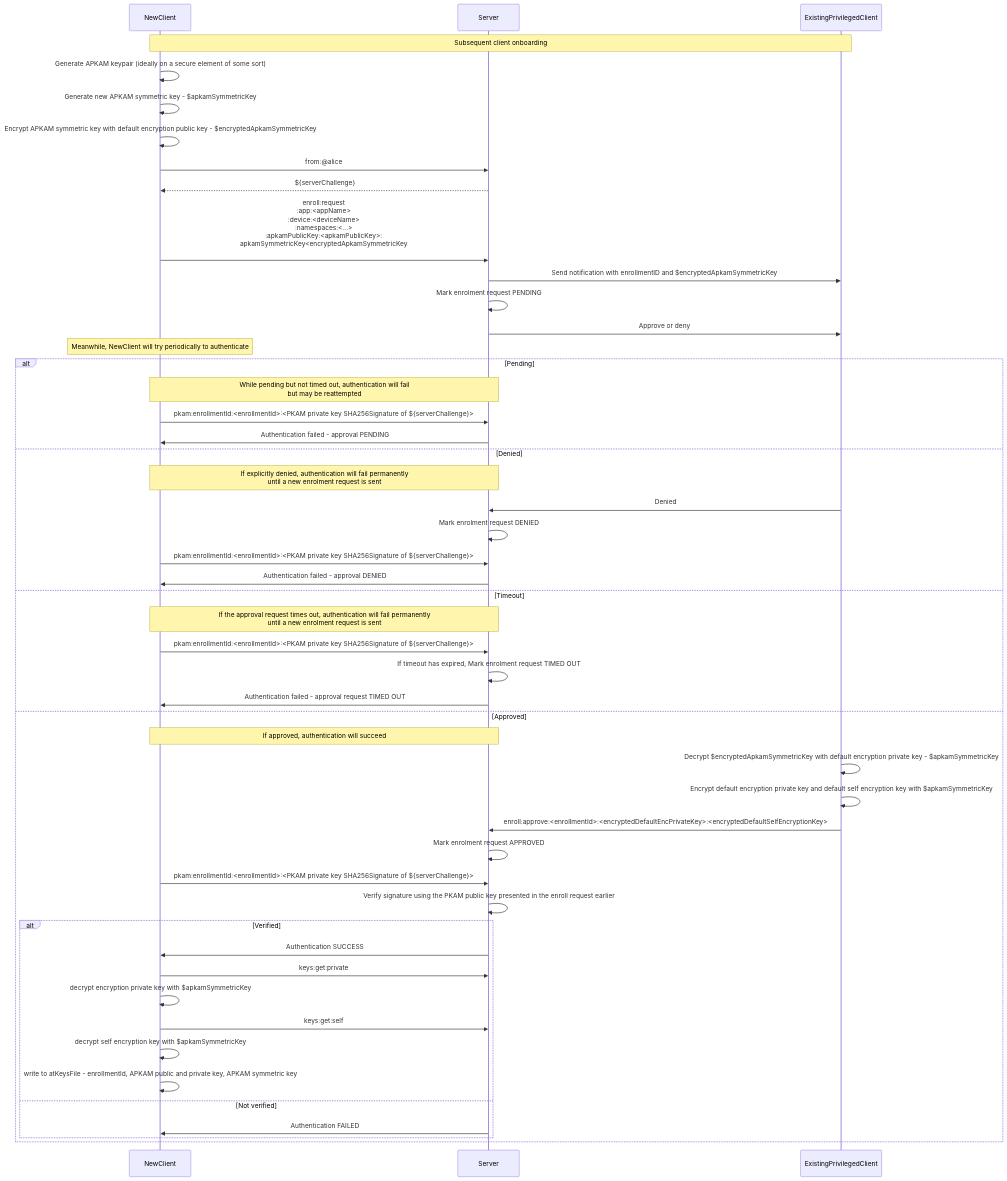
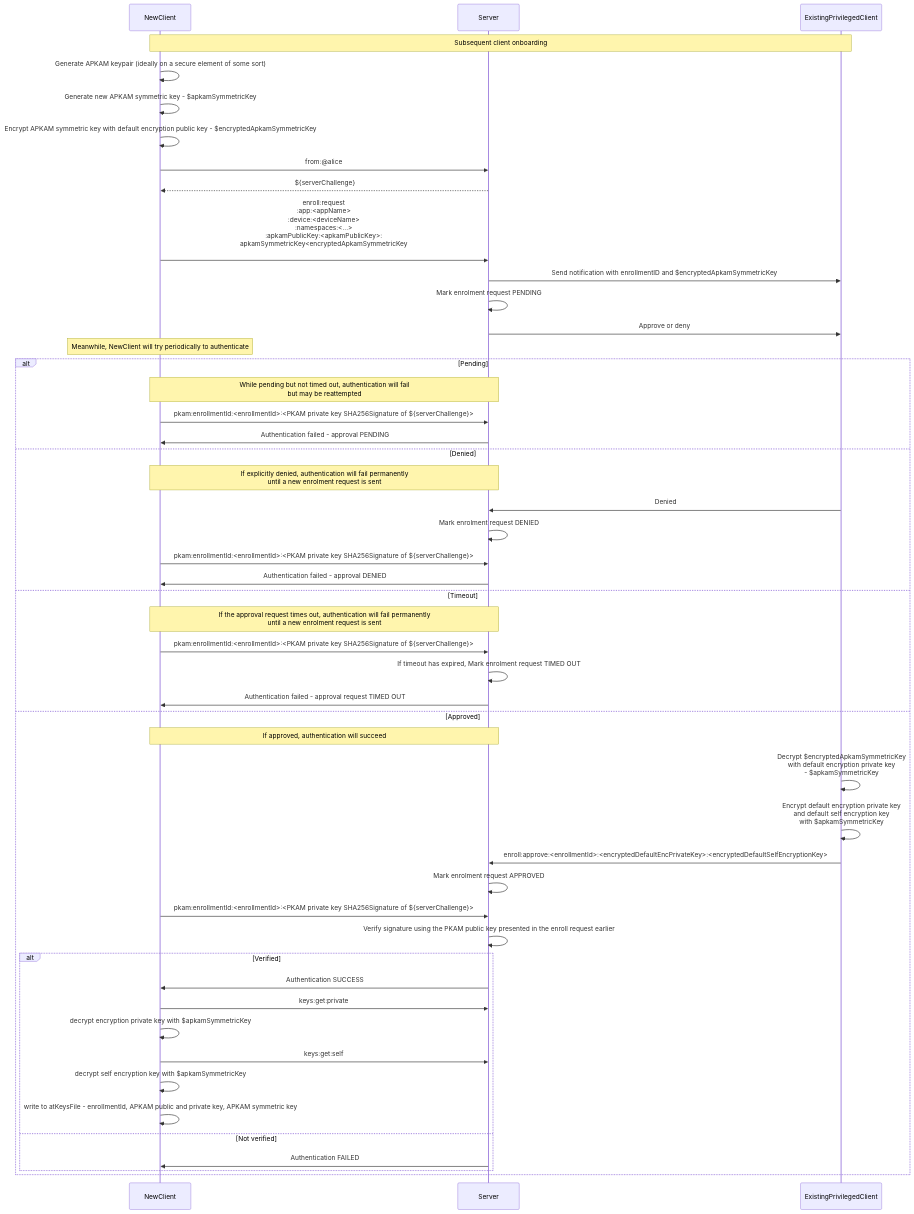
Before and after one commit to atsign-foundation/at_protocol: the third of 3 diagrams in decisions/2023-01-pkam-per-app-and-device.md, drawn with Mermaid.

Commit message:
Update 2023-01-pkam-per-app-and-device.md
fix: minor view related change

````diff
--- a/decisions/2023-01-pkam-per-app-and-device.md
+++ b/decisions/2023-01-pkam-per-app-and-device.md
@@ -384,53 +384,53 @@
 ```mermaid
 sequenceDiagram
     participant NewClient
     participant Server
     participant ExistingPrivilegedClient
 
     note over NewClient,ExistingPrivilegedClient: Subsequent client onboarding
     NewClient->>NewClient: Generate APKAM keypair (ideally on a secure element of some sort)
     NewClient->>NewClient: Generate new APKAM symmetric key - $apkamSymmetricKey
     NewClient->>NewClient: Encrypt APKAM symmetric key with default encryption public key - $encryptedApkamSymmetricKey
     NewClient->>Server: from:@alice
     Server-->>NewClient: ${serverChallenge}
     NewClient->>Server: enroll:request<br/>:app:<appName><br/>:device:<deviceName><br/>:namespaces:<...><br/>:apkamPublicKey:<apkamPublicKey>:<br/>apkamSymmetricKey<encryptedApkamSymmetricKey<br/>
     Server->>ExistingPrivilegedClient: Send notification with enrollmentID and  $encryptedApkamSymmetricKey
     Server->>Server: Mark enrolment request PENDING
     Server->>ExistingPrivilegedClient: Approve or deny
     note over NewClient: Meanwhile, NewClient will try periodically to authenticate
     alt Pending
         note over NewClient,Server: While pending but not timed out, authentication will fail <br/>but may be reattempted
         NewClient->>Server: pkam:enrollmentId:<enrollmentId>:<PKAM private key SHA256Signature of ${serverChallenge}>
         Server->>NewClient: Authentication failed - approval PENDING
     else Denied
         note over NewClient,Server: If explicitly denied, authentication will fail permanently <br/>until a new enrolment request is sent
         ExistingPrivilegedClient->>Server: Denied
         Server->>Server: Mark enrolment request DENIED
         NewClient->>Server: pkam:enrollmentId:<enrollmentId>:<PKAM private key SHA256Signature of ${serverChallenge}>
         Server->>NewClient: Authentication failed - approval DENIED
     else Timeout
         note over NewClient,Server: If the approval request times out, authentication will fail permanently <br/>until a new enrolment request is sent
         NewClient->>Server: pkam:enrollmentId:<enrollmentId>:<PKAM private key SHA256Signature of ${serverChallenge}>
         Server->>Server: If timeout has expired, Mark enrolment request TIMED OUT
         Server->>NewClient: Authentication failed - approval request TIMED OUT
     else Approved
         note over NewClient,Server: If approved, authentication will succeed
-        ExistingPrivilegedClient->>ExistingPrivilegedClient: Decrypt $encryptedApkamSymmetricKey with default encryption private key - $apkamSymmetricKey
-        ExistingPrivilegedClient->>ExistingPrivilegedClient: Encrypt default encryption private key and default self encryption key with $apkamSymmetricKey
+        ExistingPrivilegedClient->>ExistingPrivilegedClient: Decrypt $encryptedApkamSymmetricKey <br/>with default encryption private key<br/> - $apkamSymmetricKey
+        ExistingPrivilegedClient->>ExistingPrivilegedClient: Encrypt default encryption private key<br/> and default self encryption key<br/> with $apkamSymmetricKey
         ExistingPrivilegedClient->>Server: enroll:approve:<enrollmentId>:<encryptedDefaultEncPrivateKey>:<encryptedDefaultSelfEncryptionKey>
         Server->>Server: Mark enrolment request APPROVED
         NewClient->>Server: pkam:enrollmentId:<enrollmentId>:<PKAM private key SHA256Signature of ${serverChallenge}>
         Server->>Server: Verify signature using the PKAM public key presented in the enroll request earlier
         alt Verified
             Server->>NewClient: Authentication SUCCESS
             NewClient->>Server: keys:get:private
             NewClient->>NewClient: decrypt encryption private key with $apkamSymmetricKey
             NewClient->>Server: keys:get:self
             NewClient->>NewClient: decrypt self encryption key with $apkamSymmetricKey
             NewClient->>NewClient: write to atKeysFile - enrollmentId, APKAM public and private key, APKAM symmetric key
             
         else Not verified
             Server->>NewClient: Authentication FAILED
         end
     end
 ```
````
